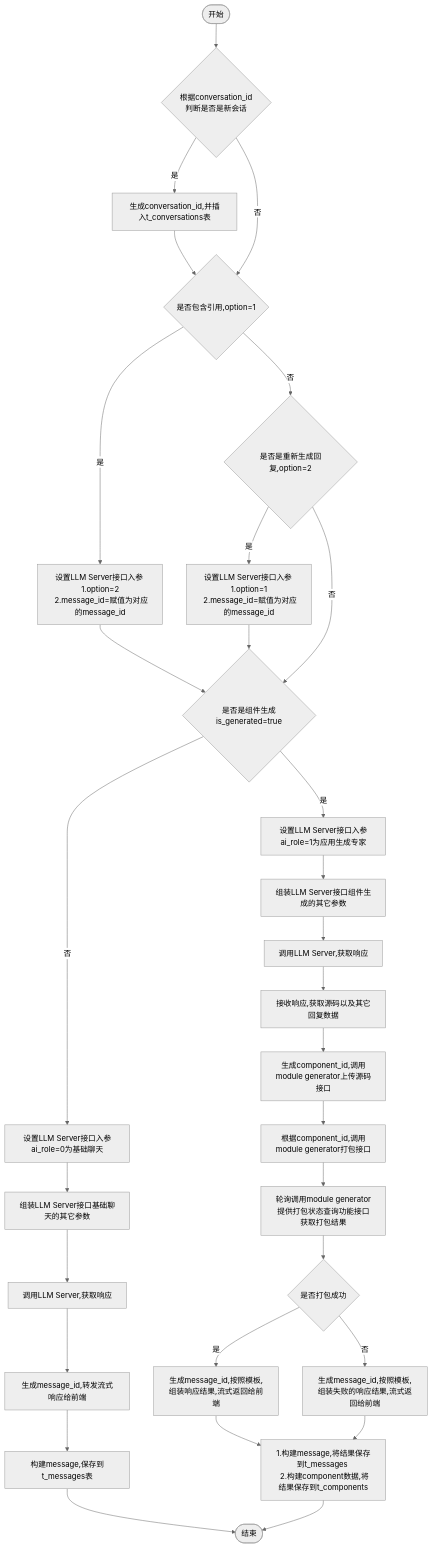
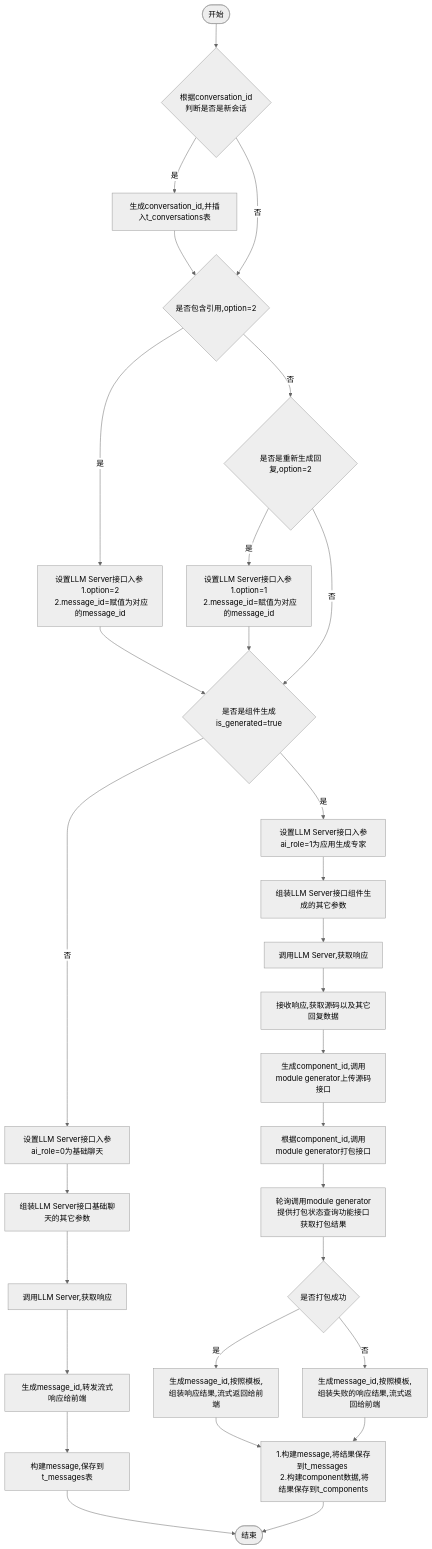
One commit to yingjianzh/iodraw-files changed the diagram in all/w3-会话-不需要传递message.md. Above: the diagram before and after it, drawn with Mermaid (neutral theme).

Commit message:
2024-10-14 11:51:41 update

````diff
--- a/all/w3-会话-不需要传递message.md
+++ b/all/w3-会话-不需要传递message.md
@@ -1,36 +1,36 @@
 ```mermaid
 flowchart TD
     A([开始]) --> B{根据conversation_id \n 判断是否是新会话}
     B -- 是 --> C[生成conversation_id,并插入t_conversations表]
     C --> D
-    B -- 否 --> D{是否包含引用,option=1}
+    B -- 否 --> D{是否包含引用,option=2}
     D -- 是 --> E[设置LLM Server接口入参 \n 1.option=2 \n 2.message_id=赋值为对应的message_id]
     D -- 否 --> F{是否是重新生成回复,option=2}
     F -- 是 --> G[设置LLM Server接口入参 \n 1.option=1 \n 2.message_id=赋值为对应的message_id]
     F -- 否 --> I
      
     E & G --> I{是否是组件生成is_generated=true}
     I -- 否 --> K[设置LLM Server接口入参ai_role=0为基础聊天]
     I -- 是 --> J[设置LLM Server接口入参ai_role=1为应用生成专家]
     
 
     J --> L[组装LLM Server接口组件生成的其它参数]    
     K --> M[组装LLM Server接口基础聊天的其它参数]    
     M --> N[调用LLM Server,获取响应]    
     N --> O[生成message_id,转发流式响应给前端]
     O --> P[构建message,保存到t_messages表]
     P --> R([结束])
 
 
     L --> S[调用LLM Server,获取响应]
     S --> T[接收响应,获取源码以及其它回复数据]
     T --> U[生成component_id,调用module generator上传源码接口]
     U --> V[根据component_id,调用module generator打包接口]
     V --> W[轮询调用module generator提供打包状态查询功能接口获取打包结果]
     W --> X{是否打包成功}
     X -- 是 --> Y[生成message_id,按照模板,组装响应结果,流式返回给前端]
     X -- 否 --> Z[生成message_id,按照模板,组装失败的响应结果,流式返回给前端]
 
     Y & Z --> Result[1.构建message,将结果保存到t_messages \n 2.构建component数据,将结果保存到t_components]
     Result --> R
 ```
````
